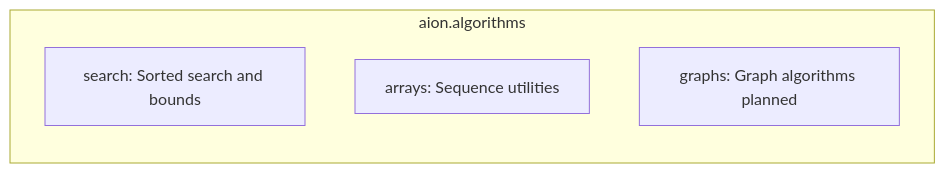
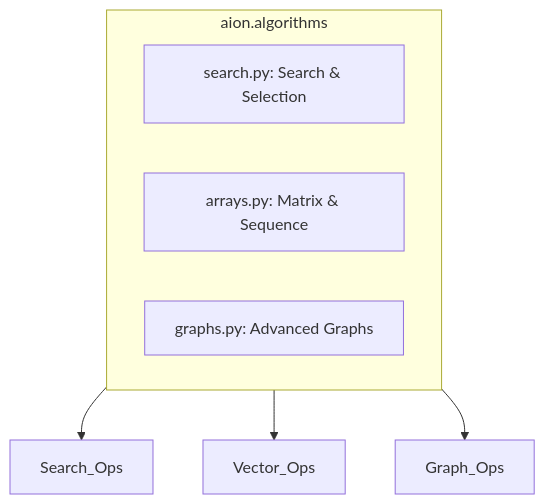
Before and after one commit to Aqwel-AI/Aion: the diagram in aion/algorithms/README.md, drawn with Mermaid. The commit also changed other lines of this file and 4 other files, not shown here.

````diff
--- a/aion/algorithms/README.md
+++ b/aion/algorithms/README.md
@@ -25,8 +25,12 @@
 ```mermaid
-flowchart LR
-    subgraph pkg [aion.algorithms]
-        search[search: Sorted search and bounds]
-        arrays[arrays: Sequence utilities]
-        graphs[graphs: Graph algorithms planned]
+graph TD
+    subgraph Aion_Algorithms [aion.algorithms]
+        search[search.py: Search & Selection]
+        arrays[arrays.py: Matrix & Sequence]
+        graphs[graphs.py: Advanced Graphs]
     end
+    
+    Aion_Algorithms --> Search_Ops
+    Aion_Algorithms --> Vector_Ops
+    Aion_Algorithms --> Graph_Ops
 ```
````
